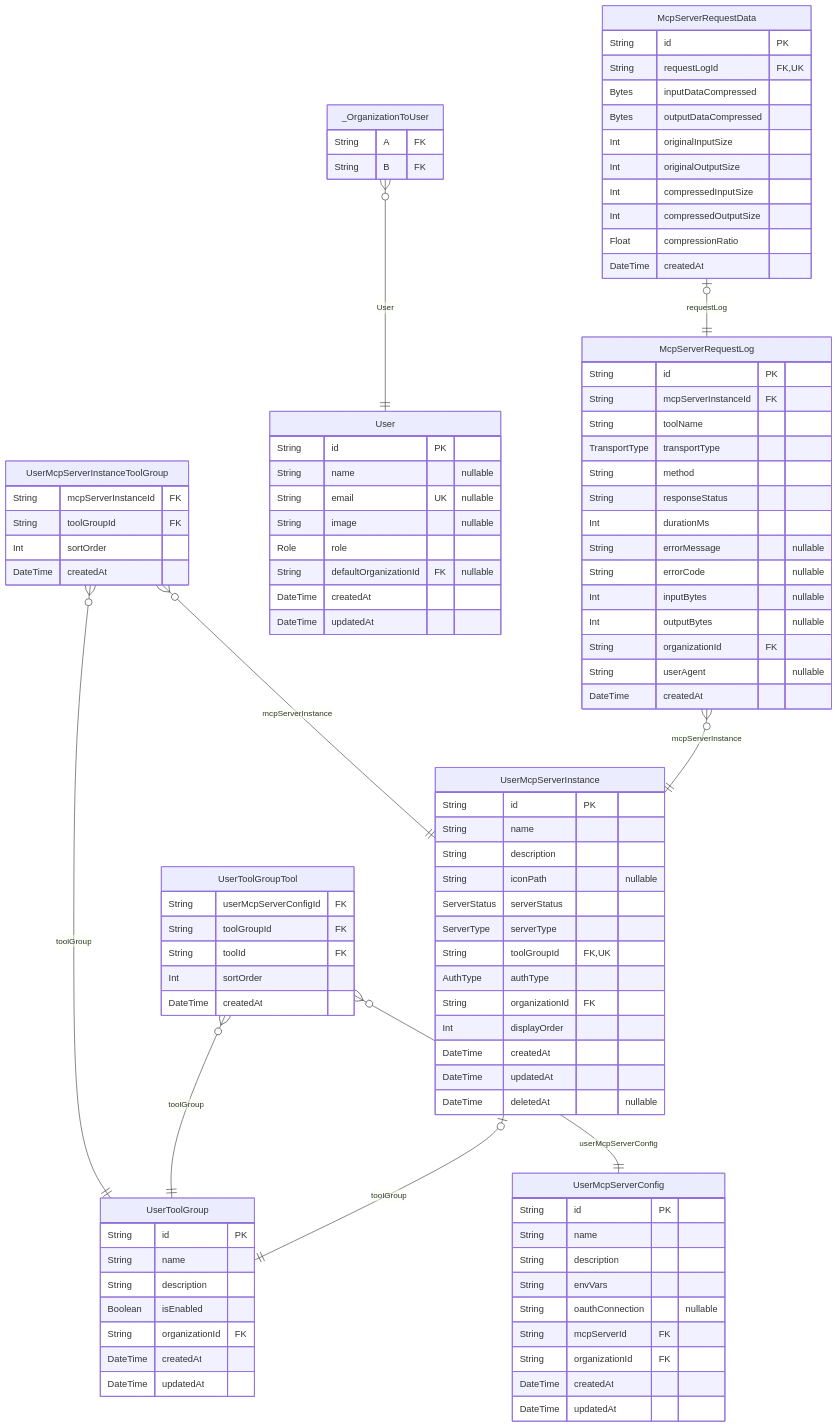
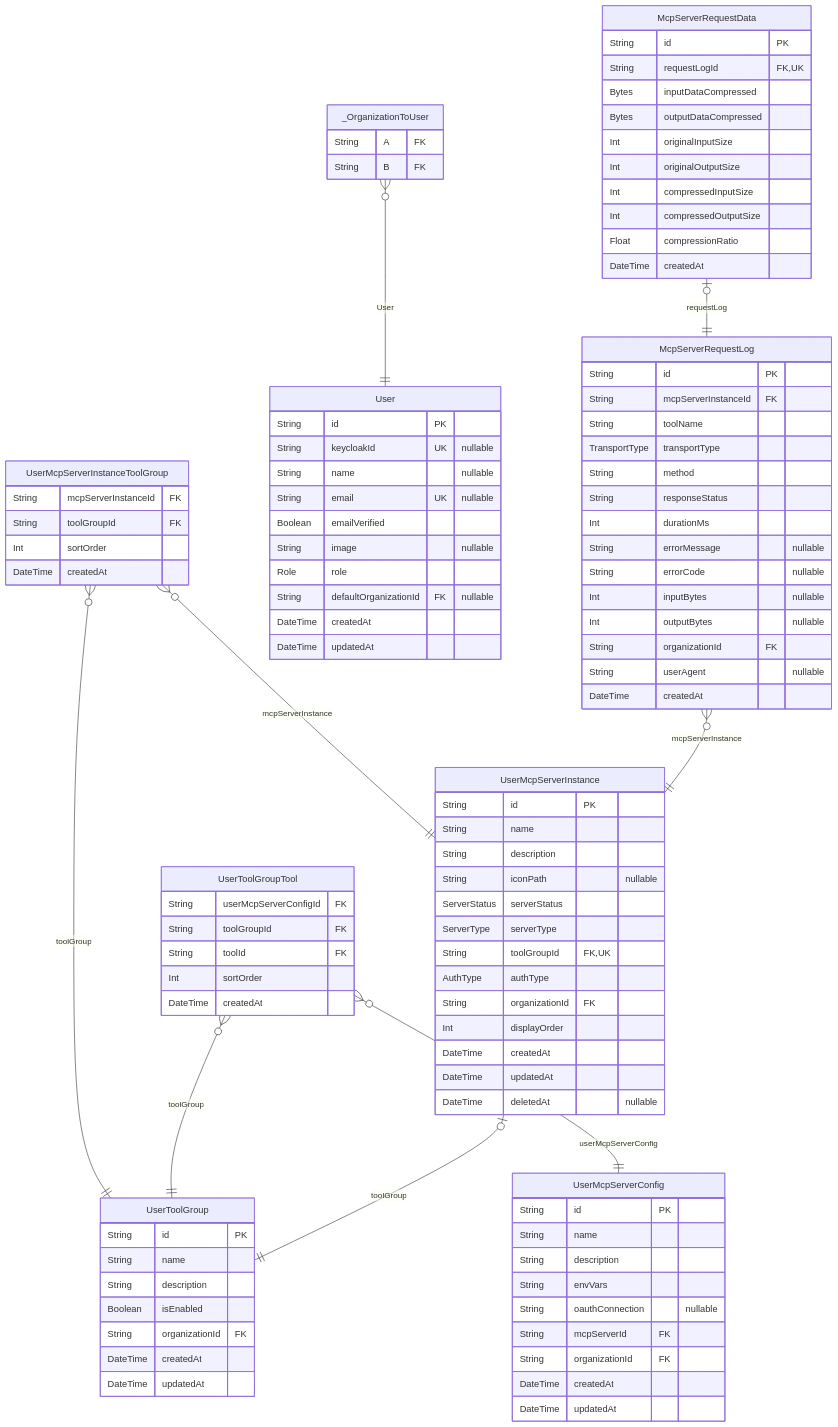
One commit to rayven122/tumiki changed the sixth of 8 diagrams in packages/db/prisma/README.md. Above: the diagram before and after it, drawn with Mermaid. The commit also changed other lines of this file and 3 other files, not shown here.

```diff
--- a/packages/db/prisma/README.md
+++ b/packages/db/prisma/README.md
@@ -749,8 +878,10 @@
 }
 "User" {
   String id PK
+  String keycloakId UK "nullable"
   String name "nullable"
   String email UK "nullable"
+  Boolean emailVerified
   String image "nullable"
   Role role
   String defaultOrganizationId FK "nullable"
```
